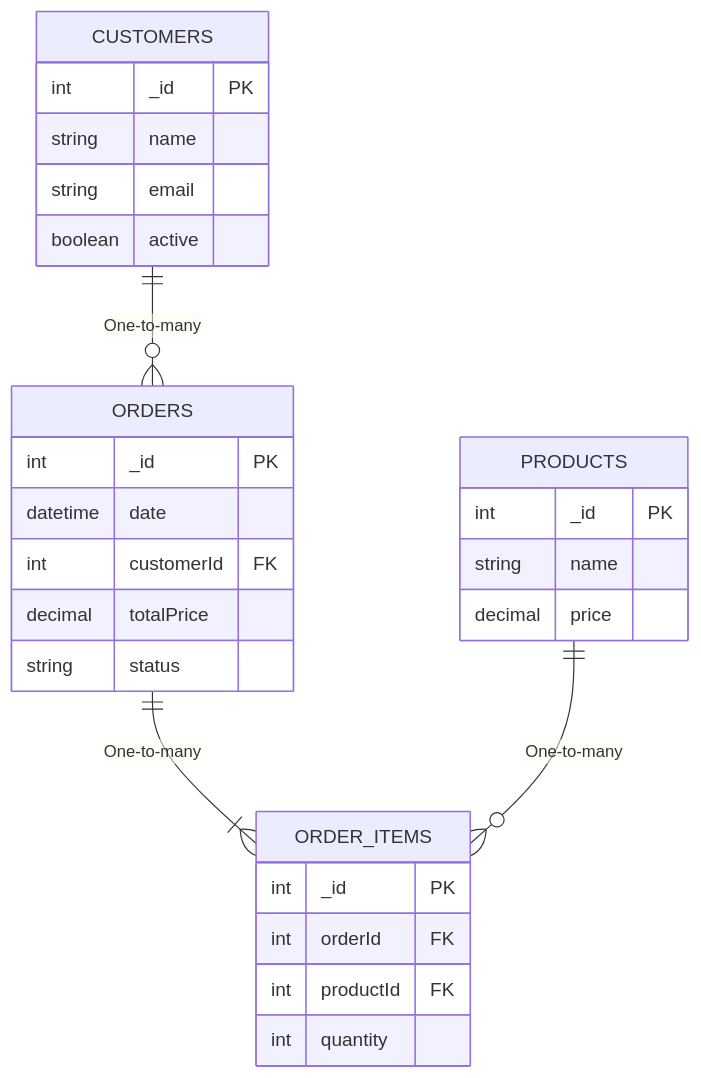
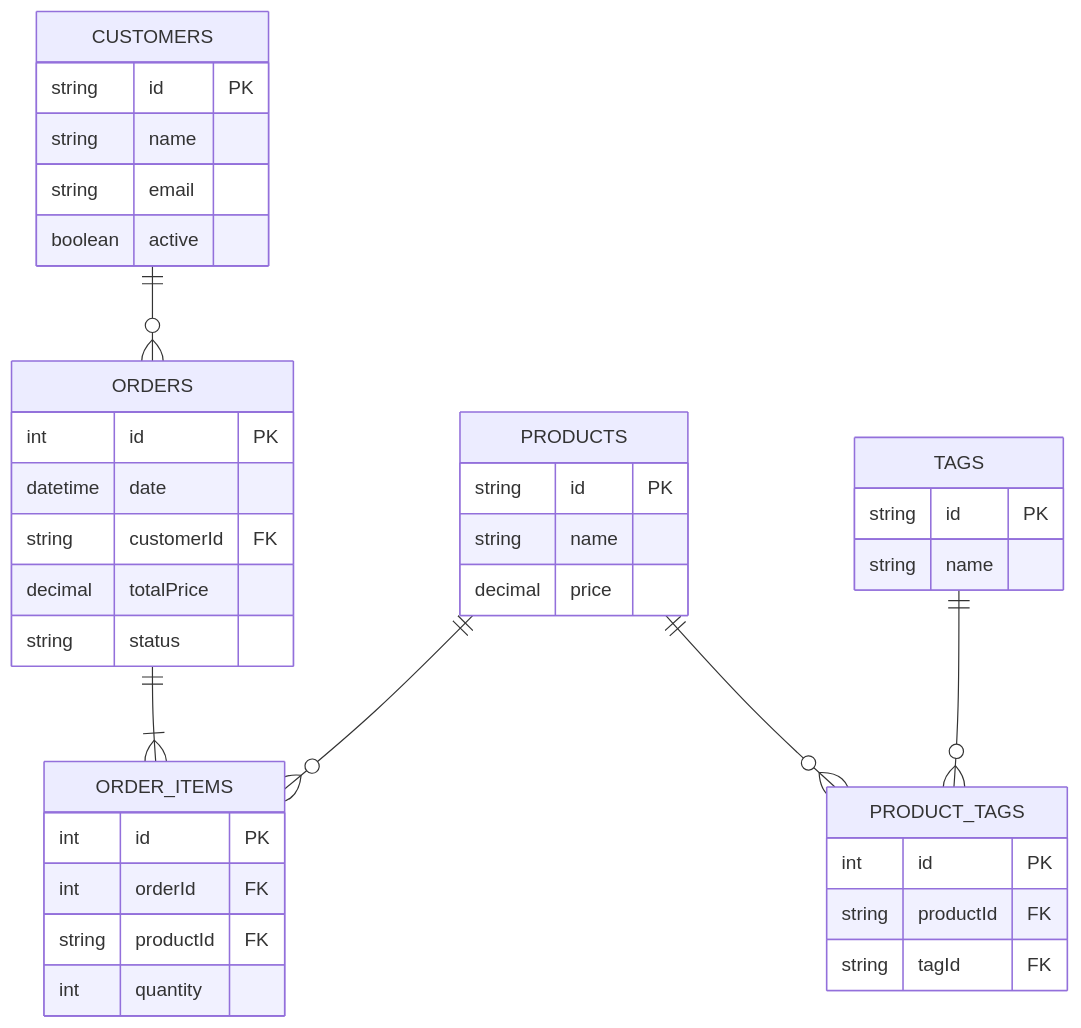
One commit to icebob/moleculer-db-relations-demo changed the second of 2 diagrams in README.md. Above: the diagram before and after it, drawn with Mermaid. The commit also changed other lines of this file and 1 other file, not shown here.

Commit message:
add graph

````diff
--- a/README.md
+++ b/README.md
@@ -8,30 +31,41 @@
 ```mermaid
 erDiagram
     CUSTOMERS {
-        int _id PK
+        string id PK
         string name
         string email
         boolean active
     }
     ORDERS {
-        int _id PK
+        int id PK
         datetime date
-        int customerId FK
+        string customerId FK
         decimal totalPrice
         string status
     }
     ORDER_ITEMS {
-        int _id PK
+        int id PK
         int orderId FK
-        int productId FK
+        string productId FK
         int quantity
     }
     PRODUCTS {
-        int _id PK
+        string id PK
         string name
         decimal price
     }
-    CUSTOMERS ||--o{ ORDERS : "One-to-many"
-    ORDERS ||--|{ ORDER_ITEMS : "One-to-many"
-    PRODUCTS ||--o{ ORDER_ITEMS : "One-to-many"
+    TAGS {
+        string id PK
+        string name
+    }
+    PRODUCT_TAGS {
+        int id PK
+        string productId FK
+        string tagId FK
+    }
+    CUSTOMERS ||--o{ ORDERS : ""
+    ORDERS ||--|{ ORDER_ITEMS : ""
+    PRODUCTS ||--o{ ORDER_ITEMS : ""
+    PRODUCTS ||--o{ PRODUCT_TAGS : ""
+    TAGS ||--o{ PRODUCT_TAGS : ""
 ```
````
